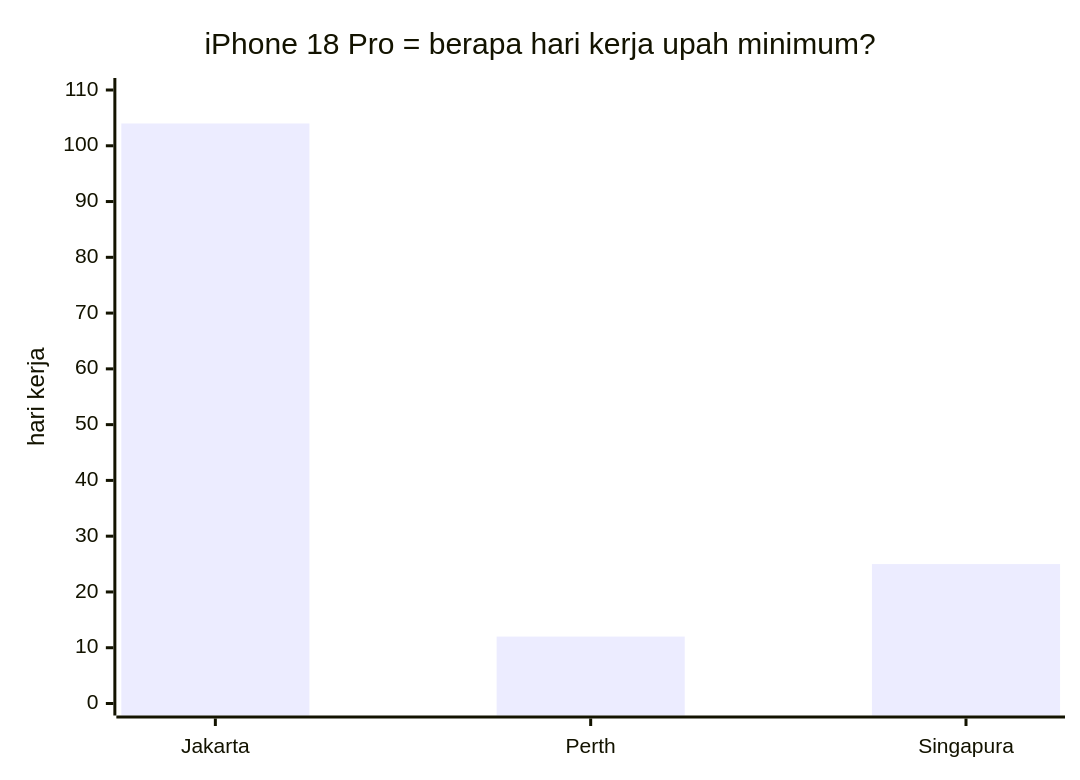
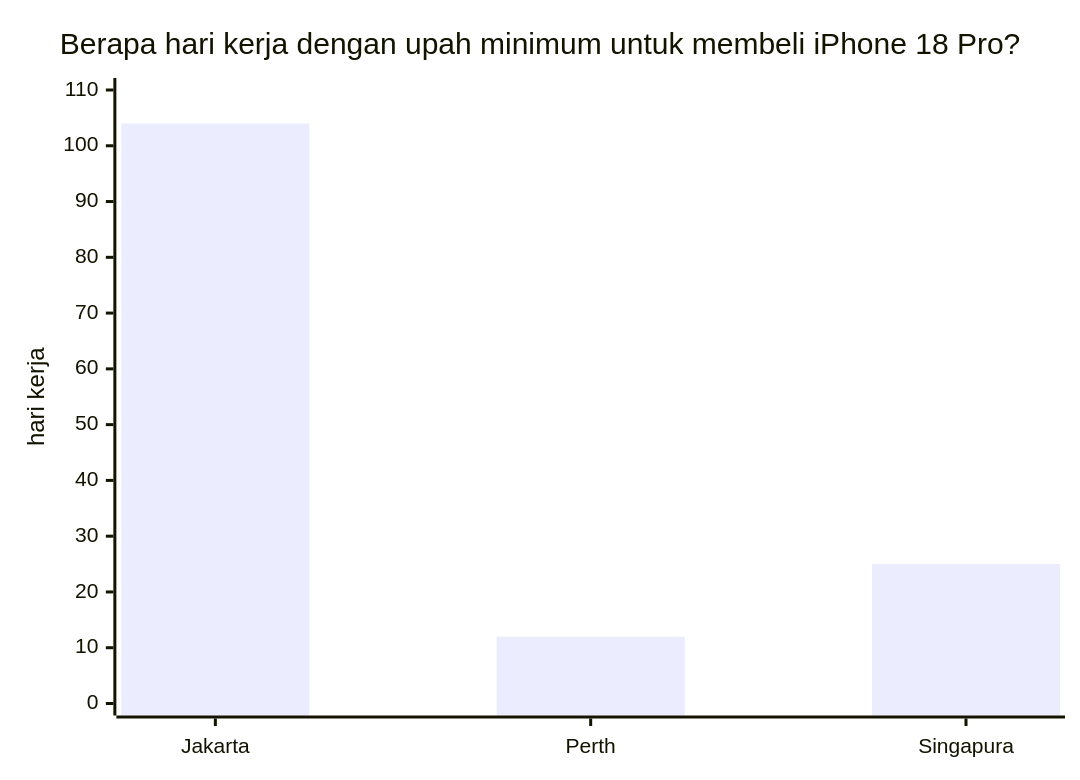
The diagram in id/_posts/2026-10-25-kabur-aja-dulu.md (adjiebrotot/blog), drawn with Mermaid before and after one commit. The commit also changed other lines of this file and 6 other files, not shown here.

````diff
--- a/id/_posts/2026-10-25-kabur-aja-dulu.md
+++ b/id/_posts/2026-10-25-kabur-aja-dulu.md
@@ -120,7 +122,7 @@
 ```mermaid
 xychart-beta
-  title "iPhone 18 Pro = berapa hari kerja upah minimum?"
+  title "Berapa hari kerja dengan upah minimum untuk membeli iPhone 18 Pro?"
   x-axis ["Jakarta", "Perth", "Singapura"]
   y-axis "hari kerja" 0 --> 110
   bar [104, 12, 25]
 ```
````
